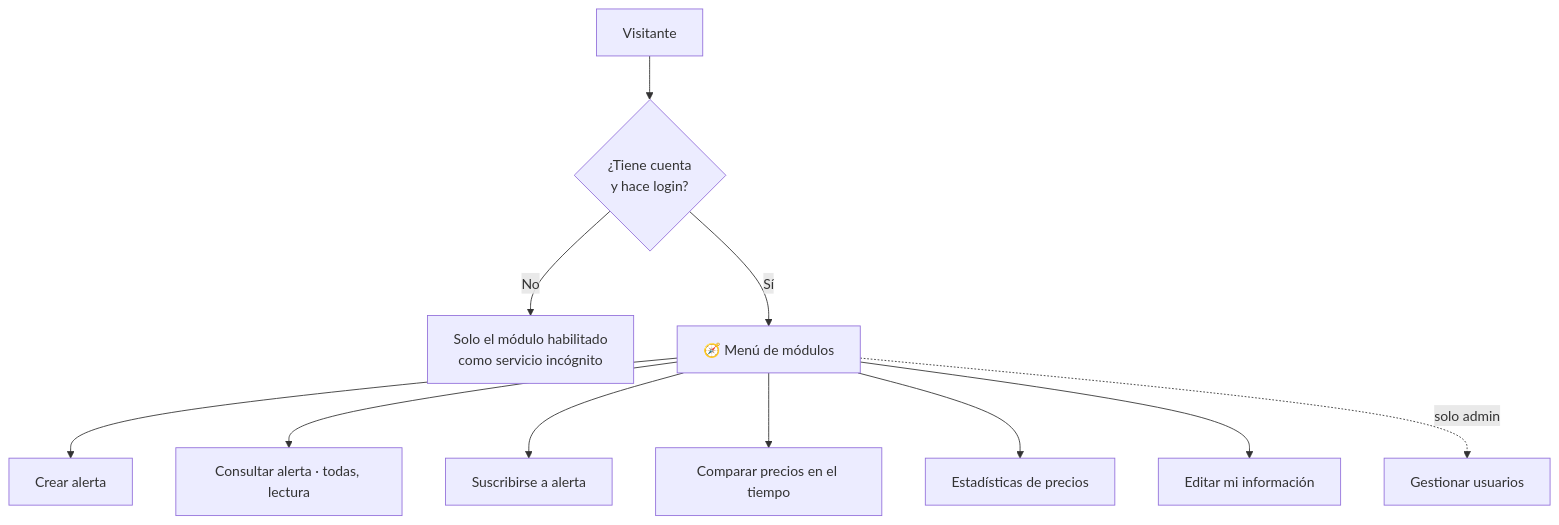
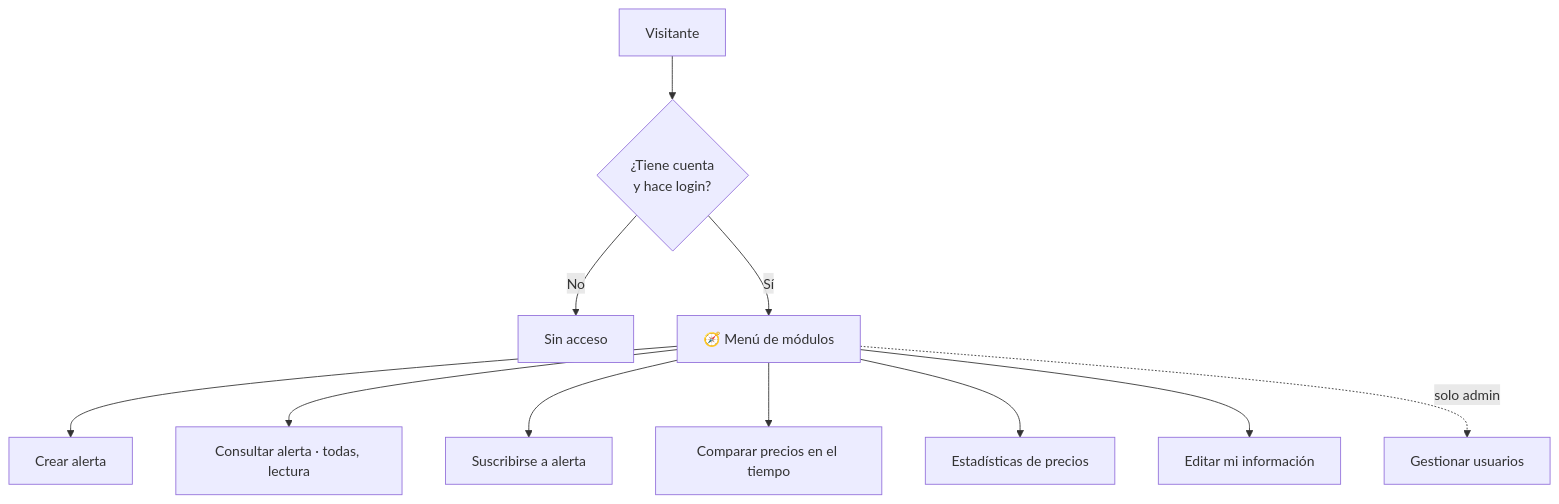
The fourth of 5 diagrams in docs/01-vision-objetivos.md (vida-I-found-it/architecture), drawn with Mermaid before and after one commit. The commit also changed other lines of this file and 20 other files, not shown here.

````diff
--- a/docs/01-vision-objetivos.md
+++ b/docs/01-vision-objetivos.md
@@ -112,13 +127,13 @@
 ```mermaid
 graph TD
     V[Visitante] --> L{¿Tiene cuenta<br/>y hace login?}
-    L -->|No| I[Solo el módulo habilitado<br/>como servicio incógnito]
+    L -->|No| I[Sin acceso]
     L -->|Sí| MENU[🧭 Menú de módulos]
     MENU --> M1[Crear alerta]
     MENU --> M2[Consultar alerta · todas, lectura]
     MENU --> M3[Suscribirse a alerta]
     MENU --> M4[Comparar precios en el tiempo]
     MENU --> M5[Estadísticas de precios]
     MENU --> M6[Editar mi información]
     MENU -.solo admin.-> M7[Gestionar usuarios]
 ```
````
